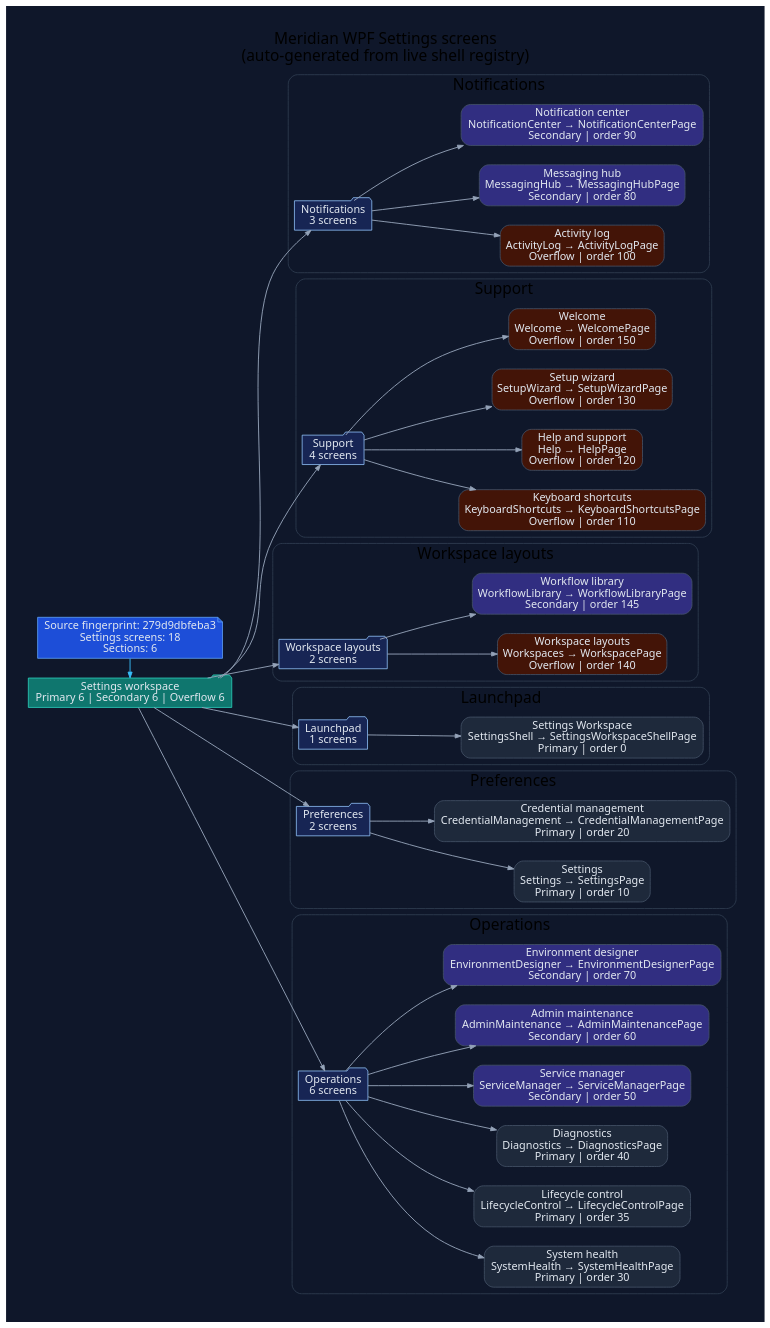
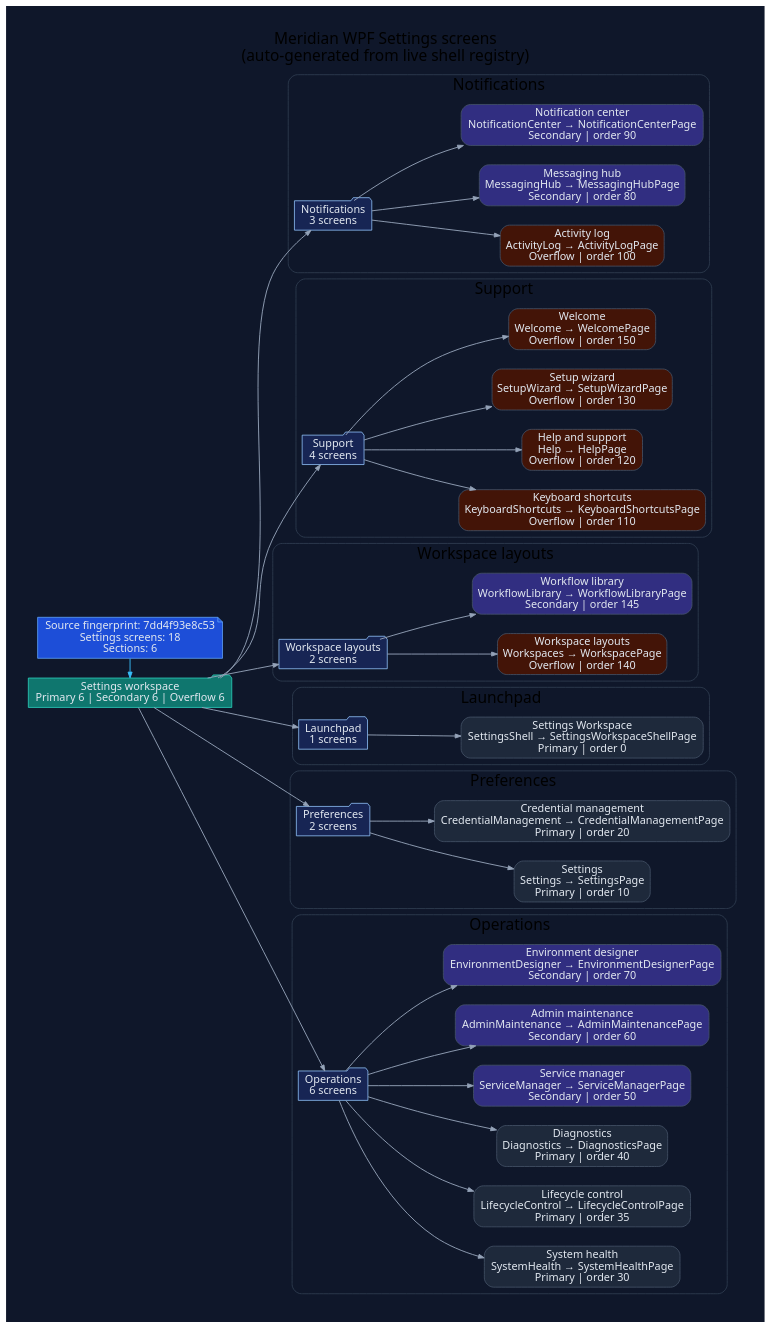
One commit to rodoHasArrived/Meridian-main changed the diagram in docs/diagrams/ui/ui-wpf-screens-settings.dot. Above: the diagram before and after it, drawn with Graphviz. The commit also changed 45 other files, not shown here.

First line of the commit message:
Regenerate the UI diagrams and WPF screen tracker

```diff
--- a/docs/diagrams/ui/ui-wpf-screens-settings.dot
+++ b/docs/diagrams/ui/ui-wpf-screens-settings.dot
@@ -1,110 +1,110 @@
 // -----------------------------------------------------------------------------
 // <auto-generated>
 // Generated by scripts/generate-diagrams.mjs.
 // Do not edit this file directly; update the WPF source files instead.
 // -----------------------------------------------------------------------------
 digraph WpfSettingsScreens {
   graph [
     rankdir=LR,
     labelloc=t,
     label="Meridian WPF Settings screens\n(auto-generated from live shell registry)",
     fontname="Segoe UI",
     fontsize=20,
     pad=0.4,
     nodesep=0.35,
     ranksep=0.85,
     bgcolor="#0f172a"
   ];
   node [fontname="Segoe UI", shape=box, style="rounded,filled", color="#475569", fontcolor="#e2e8f0", fillcolor="#1e293b"];
   edge [fontname="Segoe UI", color="#94a3b8", penwidth=1.2, arrowsize=0.75];
 
-  generated [shape=note, fillcolor="#1d4ed8", color="#60a5fa", label="Source fingerprint: 279d9dbfeba3\nSettings screens: 18\nSections: 6"];
+  generated [shape=note, fillcolor="#1d4ed8", color="#60a5fa", label="Source fingerprint: 7dd4f93e8c53\nSettings screens: 18\nSections: 6"];
   workspace [shape=folder, fillcolor="#0f766e", color="#2dd4bf", label="Settings workspace\nPrimary 6 | Secondary 6 | Overflow 6"];
   generated -> workspace [color="#38bdf8"];
 
   subgraph cluster_section_1 {
     label="Notifications";
     color="#334155";
     style="rounded";
     section_1 [shape=folder, fillcolor="#172554", color="#93c5fd", label="Notifications\n3 screens"];
     workspace -> section_1;
     screen_ActivityLog [fillcolor="#431407", label="Activity log\nActivityLog → ActivityLogPage\nOverflow | order 100"];
     section_1 -> screen_ActivityLog;
     screen_MessagingHub [fillcolor="#312e81", label="Messaging hub\nMessagingHub → MessagingHubPage\nSecondary | order 80"];
     section_1 -> screen_MessagingHub;
     screen_NotificationCenter [fillcolor="#312e81", label="Notification center\nNotificationCenter → NotificationCenterPage\nSecondary | order 90"];
     section_1 -> screen_NotificationCenter;
   }
 
   subgraph cluster_section_2 {
     label="Support";
     color="#334155";
     style="rounded";
     section_2 [shape=folder, fillcolor="#172554", color="#93c5fd", label="Support\n4 screens"];
     workspace -> section_2;
     screen_KeyboardShortcuts [fillcolor="#431407", label="Keyboard shortcuts\nKeyboardShortcuts → KeyboardShortcutsPage\nOverflow | order 110"];
     section_2 -> screen_KeyboardShortcuts;
     screen_Help [fillcolor="#431407", label="Help and support\nHelp → HelpPage\nOverflow | order 120"];
     section_2 -> screen_Help;
     screen_SetupWizard [fillcolor="#431407", label="Setup wizard\nSetupWizard → SetupWizardPage\nOverflow | order 130"];
     section_2 -> screen_SetupWizard;
     screen_Welcome [fillcolor="#431407", label="Welcome\nWelcome → WelcomePage\nOverflow | order 150"];
     section_2 -> screen_Welcome;
   }
 
   subgraph cluster_section_3 {
     label="Workspace layouts";
     color="#334155";
     style="rounded";
     section_3 [shape=folder, fillcolor="#172554", color="#93c5fd", label="Workspace layouts\n2 screens"];
     workspace -> section_3;
     screen_Workspaces [fillcolor="#431407", label="Workspace layouts\nWorkspaces → WorkspacePage\nOverflow | order 140"];
     section_3 -> screen_Workspaces;
     screen_WorkflowLibrary [fillcolor="#312e81", label="Workflow library\nWorkflowLibrary → WorkflowLibraryPage\nSecondary | order 145"];
     section_3 -> screen_WorkflowLibrary;
   }
 
   subgraph cluster_section_4 {
     label="Launchpad";
     color="#334155";
     style="rounded";
     section_4 [shape=folder, fillcolor="#172554", color="#93c5fd", label="Launchpad\n1 screens"];
     workspace -> section_4;
     screen_SettingsShell [fillcolor="#1e293b", label="Settings Workspace\nSettingsShell → SettingsWorkspaceShellPage\nPrimary | order 0"];
     section_4 -> screen_SettingsShell;
   }
 
   subgraph cluster_section_5 {
     label="Preferences";
     color="#334155";
     style="rounded";
     section_5 [shape=folder, fillcolor="#172554", color="#93c5fd", label="Preferences\n2 screens"];
     workspace -> section_5;
     screen_Settings [fillcolor="#1e293b", label="Settings\nSettings → SettingsPage\nPrimary | order 10"];
     section_5 -> screen_Settings;
     screen_CredentialManagement [fillcolor="#1e293b", label="Credential management\nCredentialManagement → CredentialManagementPage\nPrimary | order 20"];
     section_5 -> screen_CredentialManagement;
   }
 
   subgraph cluster_section_6 {
     label="Operations";
     color="#334155";
     style="rounded";
     section_6 [shape=folder, fillcolor="#172554", color="#93c5fd", label="Operations\n6 screens"];
     workspace -> section_6;
     screen_SystemHealth [fillcolor="#1e293b", label="System health\nSystemHealth → SystemHealthPage\nPrimary | order 30"];
     section_6 -> screen_SystemHealth;
     screen_LifecycleControl [fillcolor="#1e293b", label="Lifecycle control\nLifecycleControl → LifecycleControlPage\nPrimary | order 35"];
     section_6 -> screen_LifecycleControl;
     screen_Diagnostics [fillcolor="#1e293b", label="Diagnostics\nDiagnostics → DiagnosticsPage\nPrimary | order 40"];
     section_6 -> screen_Diagnostics;
     screen_ServiceManager [fillcolor="#312e81", label="Service manager\nServiceManager → ServiceManagerPage\nSecondary | order 50"];
     section_6 -> screen_ServiceManager;
     screen_AdminMaintenance [fillcolor="#312e81", label="Admin maintenance\nAdminMaintenance → AdminMaintenancePage\nSecondary | order 60"];
     section_6 -> screen_AdminMaintenance;
     screen_EnvironmentDesigner [fillcolor="#312e81", label="Environment designer\nEnvironmentDesigner → EnvironmentDesignerPage\nSecondary | order 70"];
     section_6 -> screen_EnvironmentDesigner;
   }
 
   { rank=min; generated; workspace; }
 }
```
